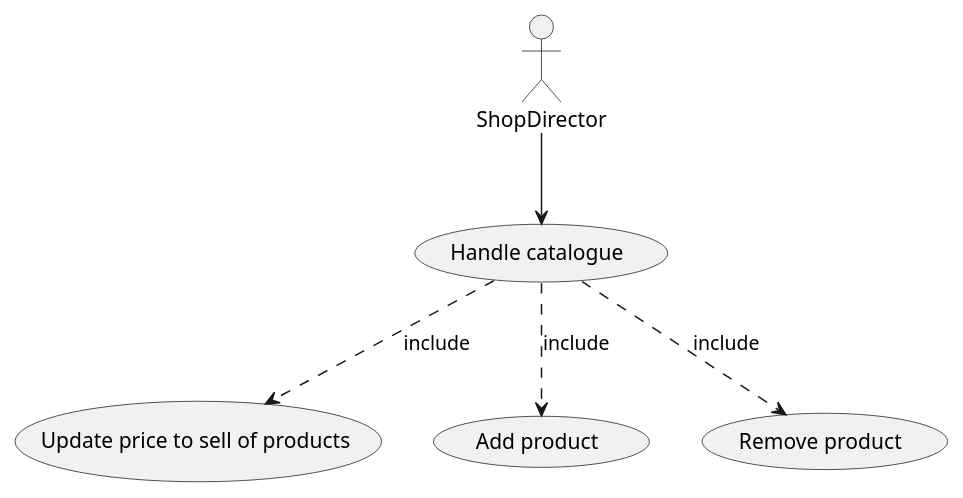
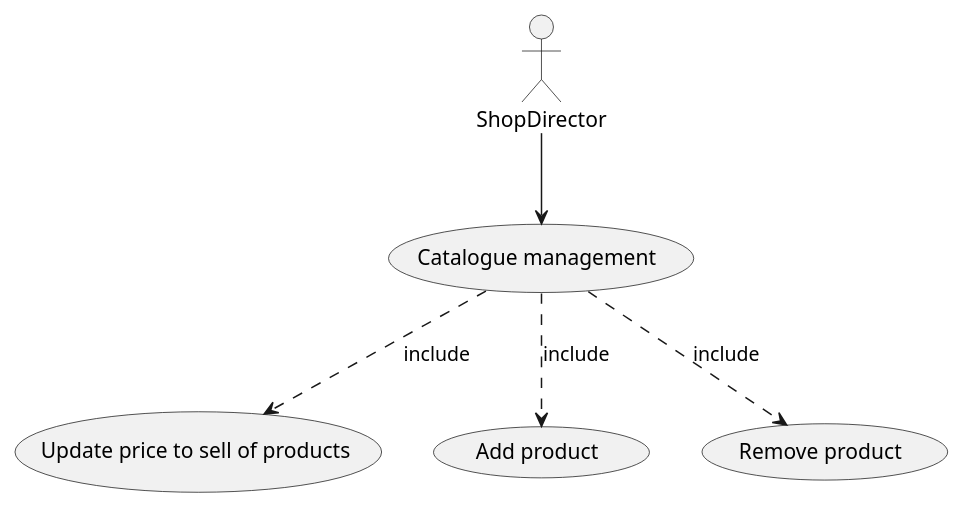
One commit to Stormz4/group20-EzShop changed the fourth of 9 diagrams in Deliverables/RequirementsDocument.md. Above: the diagram before and after it, drawn with PlantUML. The commit also changed other lines of this file, not shown here.

````diff
--- a/Deliverables/RequirementsDocument.md
+++ b/Deliverables/RequirementsDocument.md
@@ -308,10 +308,10 @@
 ```plantuml
 @startuml
 
-:ShopDirector: --> (Handle catalogue)
-(Handle catalogue) ..> (Update price to sell of products) : include
-(Handle catalogue) ..> (Add product) : include
-(Handle catalogue) ..> (Remove product) : include
+:ShopDirector: --> (Catalogue management)
+(Catalogue management) ..> (Update price to sell of products) : include
+(Catalogue management) ..> (Add product) : include
+(Catalogue management) ..> (Remove product) : include
 
 @enduml
 ```
````
